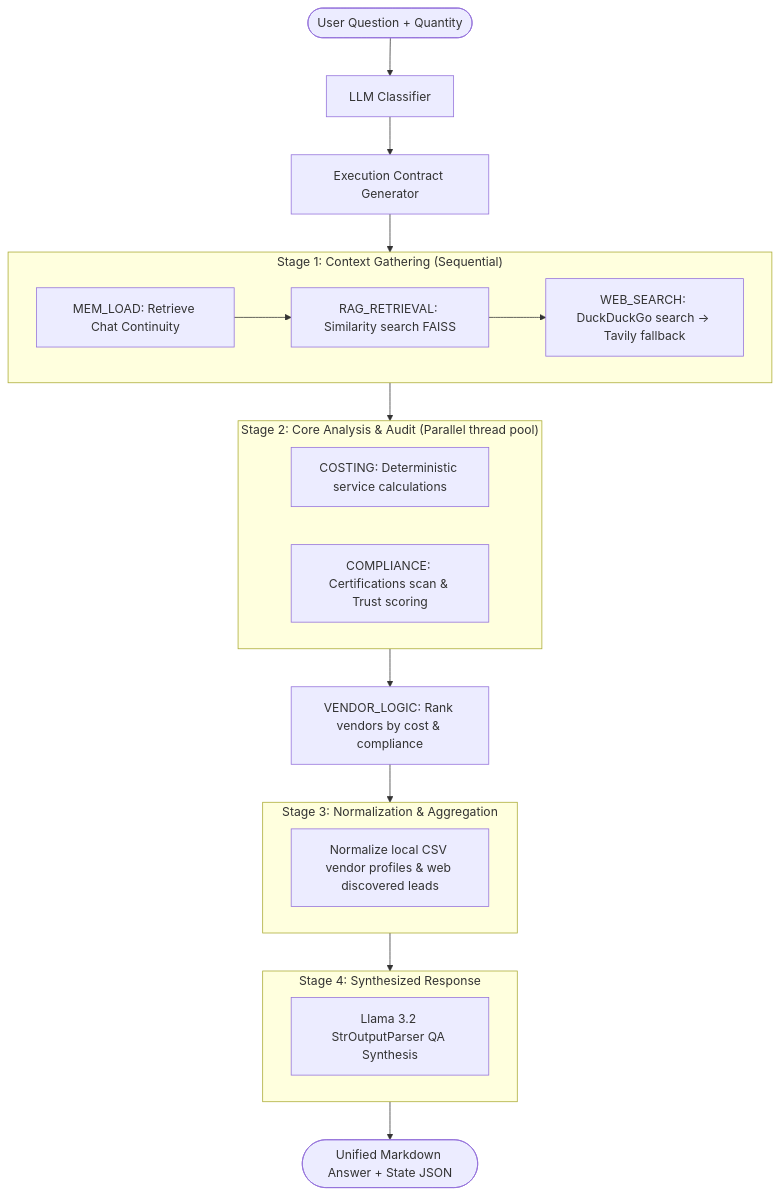
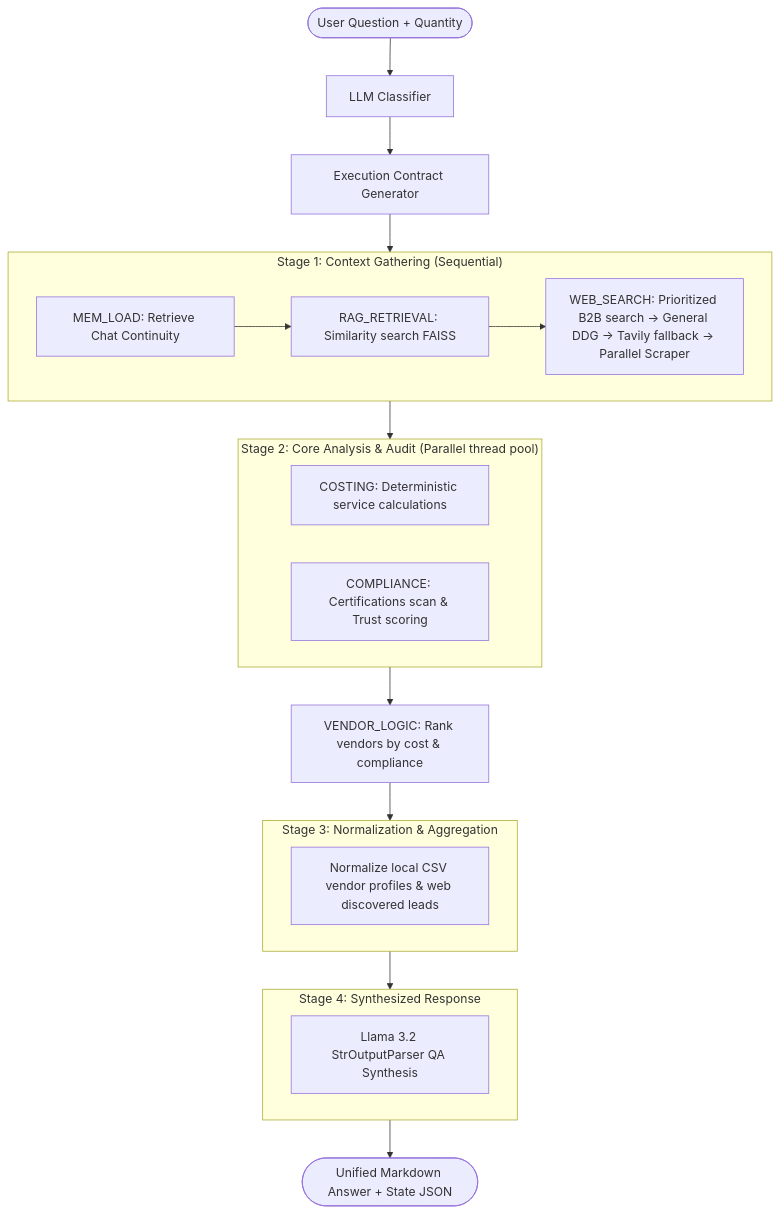
One commit to akash121bera-svg/service_cost_v2 changed the second of 4 diagrams in docs/updated_project_workflow.md. Above: the diagram before and after it, drawn with Mermaid. The commit also changed other lines of this file and 1 other file, not shown here.

Commit message:
docs: update flow diagram and project workflow blueprint with hybrid search priorities and parallel scraping

````diff
--- a/docs/updated_project_workflow.md
+++ b/docs/updated_project_workflow.md
@@ -98,35 +98,35 @@
 ```mermaid
 flowchart TD
     In([User Question + Quantity]) --> Step1[LLM Classifier]
     Step1 --> Step2[Execution Contract Generator]
     
     subgraph S1["Stage 1: Context Gathering (Sequential)"]
         S1_1[MEM_LOAD: Retrieve Chat Continuity] --> S1_2[RAG_RETRIEVAL: Similarity search FAISS]
-        S1_2 --> S1_3[WEB_SEARCH: DuckDuckGo search -> Tavily fallback]
+        S1_2 --> S1_3[WEB_SEARCH: Prioritized B2B search -> General DDG -> Tavily fallback -> Parallel Scraper]
     end
     
     Step2 --> S1
     
     subgraph S2["Stage 2: Core Analysis & Audit (Parallel thread pool)"]
         direction LR
         S2_Cost["COSTING: Deterministic service calculations"]
         S2_Comp["COMPLIANCE: Certifications scan & Trust scoring"]
     end
     
     S1 --> S2
     
     S2 --> S2_Dep[VENDOR_LOGIC: Rank vendors by cost & compliance]
     
     subgraph S3["Stage 3: Normalization & Aggregation"]
         S3_Norm[Normalize local CSV vendor profiles & web discovered leads]
     end
     
     S2_Dep --> S3
     
     subgraph S4["Stage 4: Synthesized Response"]
         S4_Synth[Llama 3.2 StrOutputParser QA Synthesis]
     end
     
     S3 --> S4
     S4 --> Out([Unified Markdown Answer + State JSON])
 ```
````
